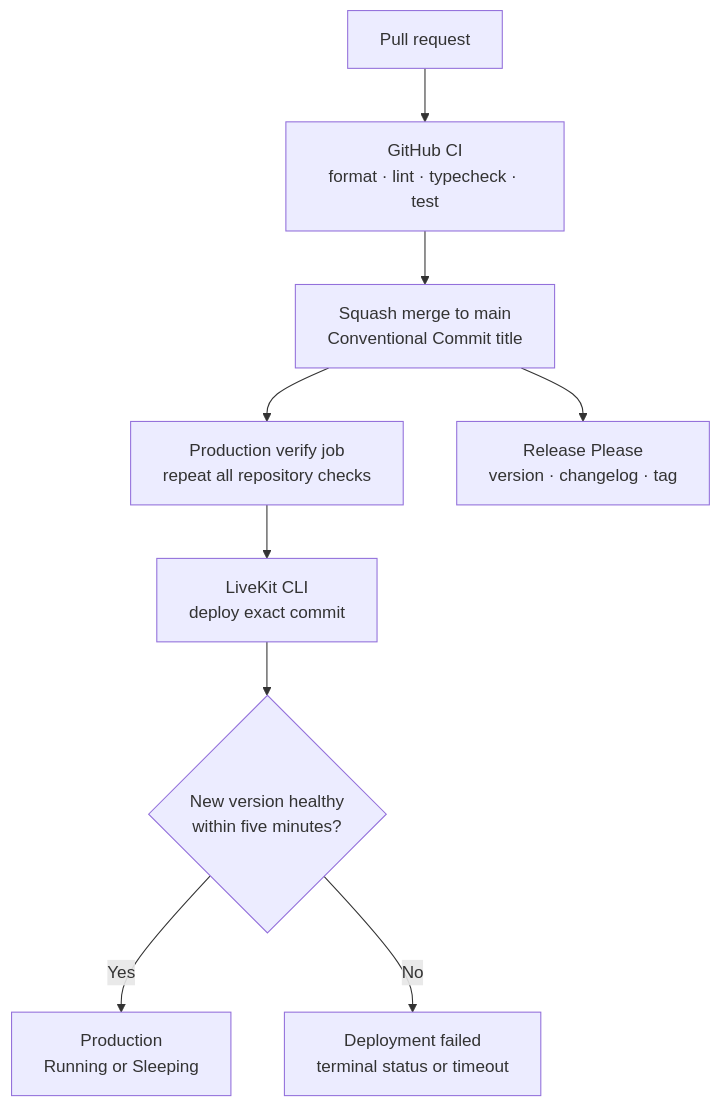
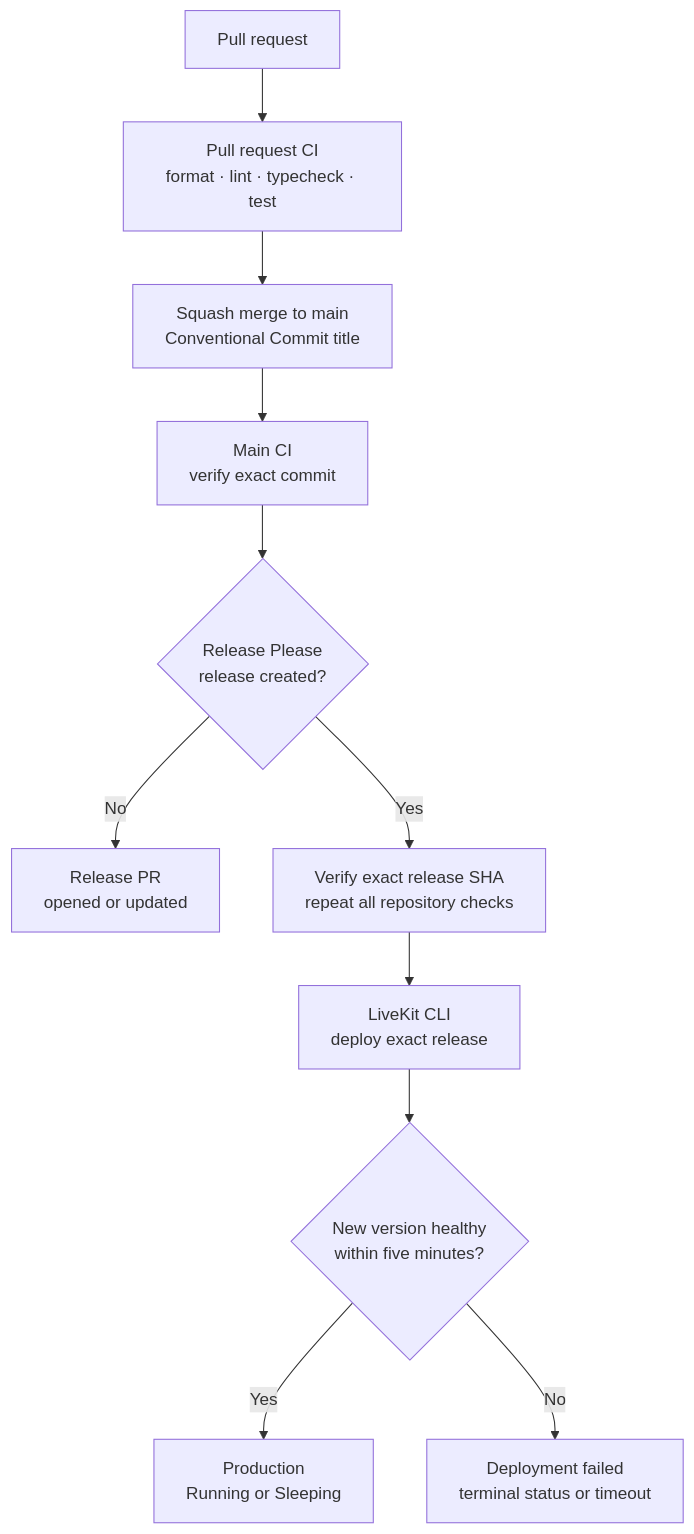
Before and after one commit to chasef07/abita_agent: the eighth of 8 diagrams in README.md, drawn with Mermaid. The commit also changed other lines of this file and 8 other files, not shown here.

````diff
--- a/README.md
+++ b/README.md
@@ -502,18 +502,21 @@
 ```mermaid
 flowchart TD
     pr["Pull request"]
-    ci["GitHub CI<br/>format · lint · typecheck · test"]
+    prci["Pull request CI<br/>format · lint · typecheck · test"]
     main["Squash merge to main<br/>Conventional Commit title"]
-    verify["Production verify job<br/>repeat all repository checks"]
-    deploy["LiveKit CLI<br/>deploy exact commit"]
+    mainci["Main CI<br/>verify exact commit"]
+    release{"Release Please<br/>release created?"}
+    wait["Release PR<br/>opened or updated"]
+    verify["Verify exact release SHA<br/>repeat all repository checks"]
+    deploy["LiveKit CLI<br/>deploy exact release"]
     health{"New version healthy<br/>within five minutes?"}
     live["Production<br/>Running or Sleeping"]
     fail["Deployment failed<br/>terminal status or timeout"]
-    release["Release Please<br/>version · changelog · tag"]
 
-    pr --> ci --> main
-    main --> verify --> deploy --> health
+    pr --> prci --> main
+    main --> mainci --> release
+    release -->|No| wait
+    release -->|Yes| verify --> deploy --> health
     health -->|Yes| live
     health -->|No| fail
-    main --> release
 ```
````
